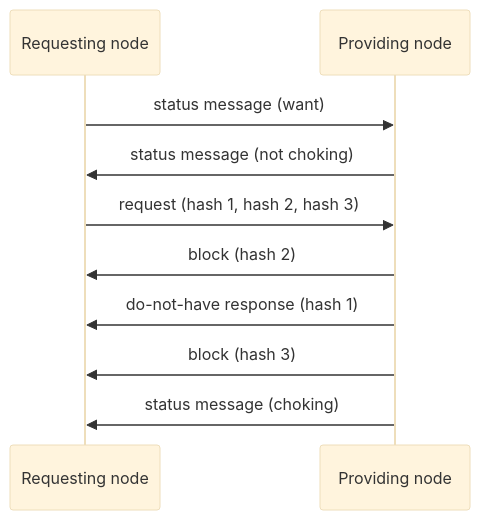
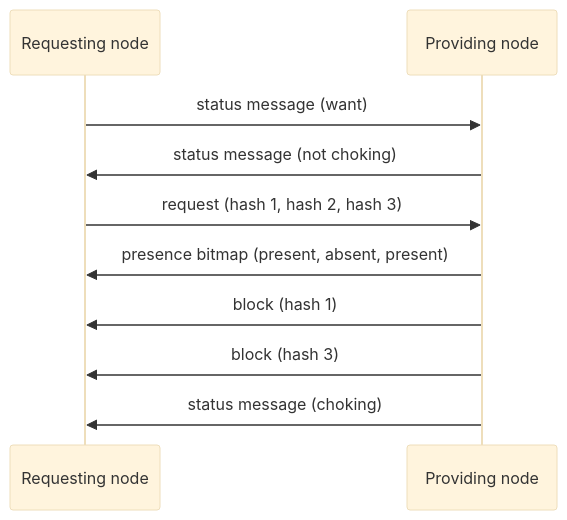
The fourth of 4 diagrams in docs/design/file-transfer.md (omnius-labs/axus), drawn with Mermaid (base theme) before and after one commit. The commit also changed other lines of this file and 3 other files, not shown here.

````diff
--- a/docs/design/file-transfer.md
+++ b/docs/design/file-transfer.md
@@ -250,13 +251,13 @@
 ```mermaid
 sequenceDiagram
     participant A as Requesting node
     participant B as Providing node
 
     A->>B: status message (want)
     B->>A: status message (not choking)
     A->>B: request (hash 1, hash 2, hash 3)
-    B->>A: block (hash 2)
-    B->>A: do-not-have response (hash 1)
+    B->>A: presence bitmap (present, absent, present)
+    B->>A: block (hash 1)
     B->>A: block (hash 3)
     B->>A: status message (choking)
 ```
````
